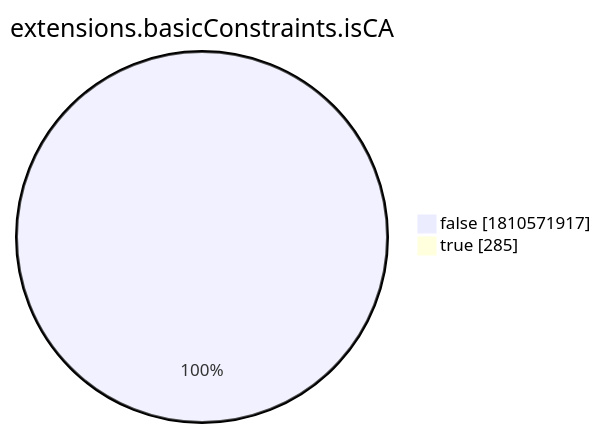
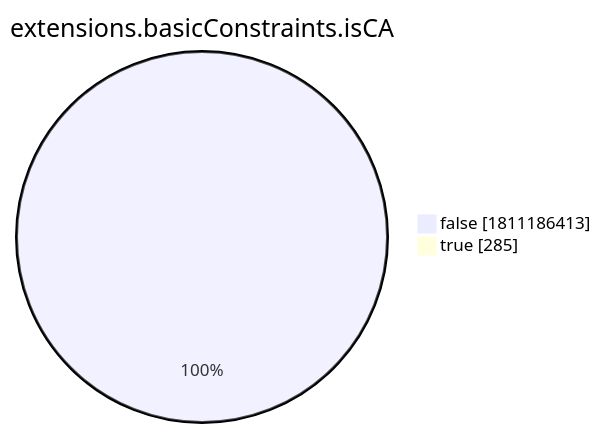
One commit to christiankrug/ctmonitor_visualization changed the eighth of 15 diagrams in xenon2022/README.md. Above: the diagram before and after it, drawn with Mermaid. The commit also changed other lines of this file, not shown here.

````diff
--- a/xenon2022/README.md
+++ b/xenon2022/README.md
@@ -2868,6 +2868,6 @@
 ```mermaid
 pie showData
 title extensions.basicConstraints.isCA
-"false" :1810571917
+"false" :1811186413
 "true" :285
 ```
````
